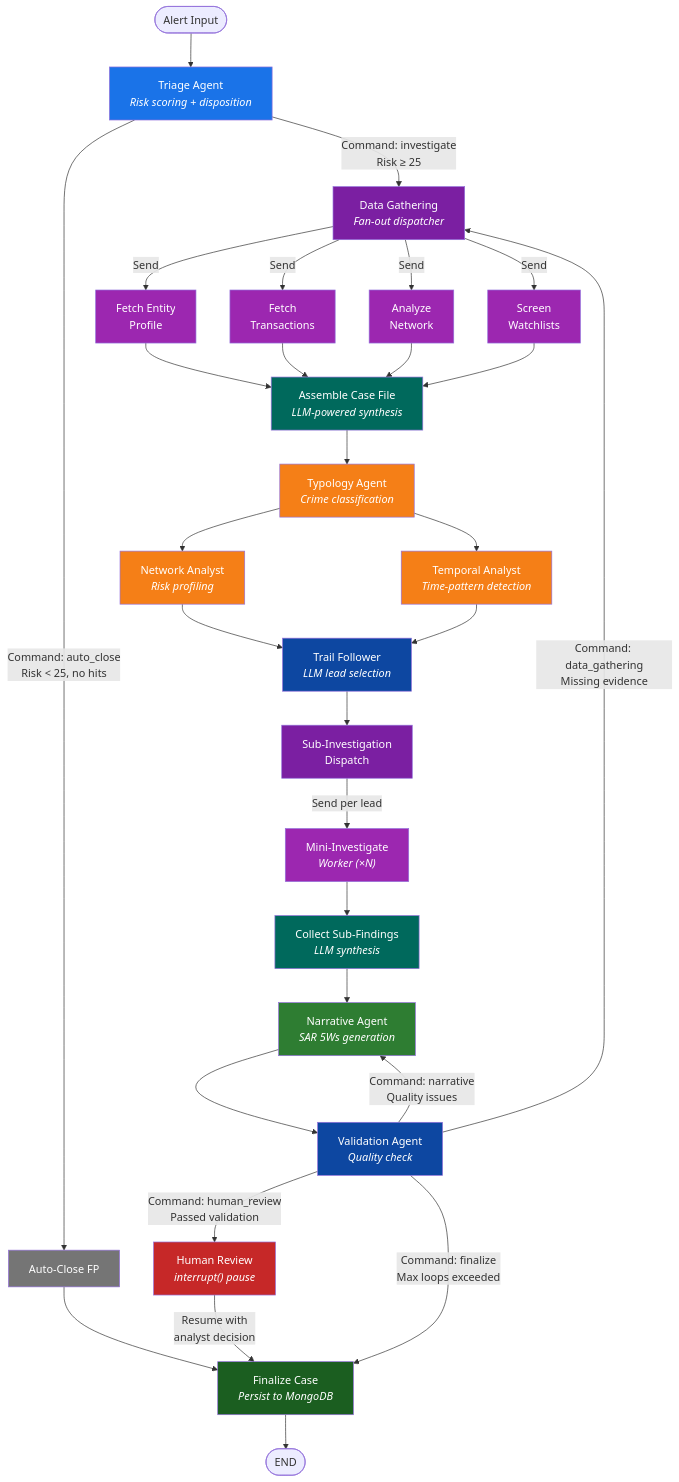
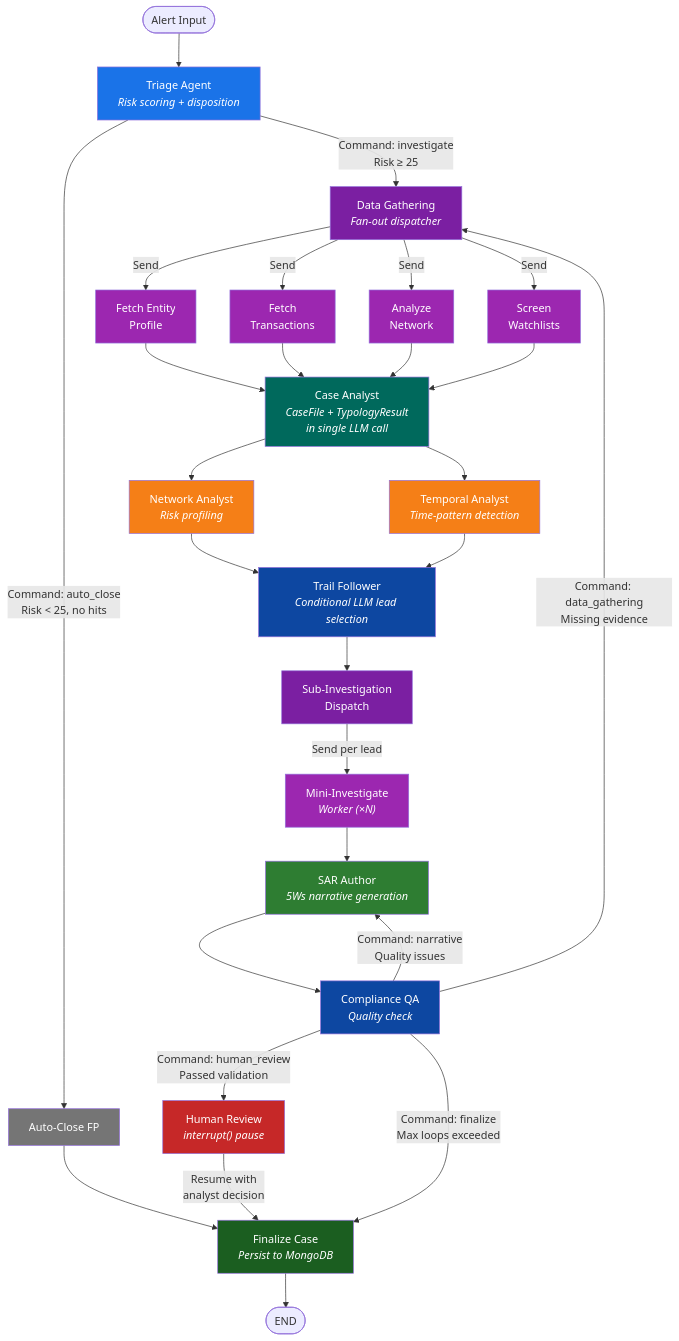
The third of 19 diagrams in docs/AGENTIC_INVESTIGATION_PIPELINE.md (mongodb-industry-solutions/fsi-aml-fraud-detection), drawn with Mermaid before and after one commit. The commit also changed other lines of this file, not shown here.

````diff
--- a/docs/AGENTIC_INVESTIGATION_PIPELINE.md
+++ b/docs/AGENTIC_INVESTIGATION_PIPELINE.md
@@ -173,64 +173,58 @@
 ```mermaid
 flowchart TD
     Start(["Alert Input"]) --> Triage["Triage Agent<br/><i>Risk scoring + disposition</i>"]
 
     Triage -->|"Command: auto_close<br/>Risk < 25, no hits"| AutoClose["Auto-Close FP"]
     Triage -->|"Command: investigate<br/>Risk ≥ 25"| FanOut["Data Gathering<br/><i>Fan-out dispatcher</i>"]
 
     AutoClose --> Finalize
 
     FanOut -->|"Send"| FetchEntity["Fetch Entity<br/>Profile"]
     FanOut -->|"Send"| FetchTxn["Fetch<br/>Transactions"]
     FanOut -->|"Send"| FetchNet["Analyze<br/>Network"]
     FanOut -->|"Send"| FetchWL["Screen<br/>Watchlists"]
 
-    FetchEntity --> Assemble["Assemble Case File<br/><i>LLM-powered synthesis</i>"]
-    FetchTxn --> Assemble
-    FetchNet --> Assemble
-    FetchWL --> Assemble
+    FetchEntity --> CaseAnalyst["Case Analyst<br/><i>CaseFile + TypologyResult<br/>in single LLM call</i>"]
+    FetchTxn --> CaseAnalyst
+    FetchNet --> CaseAnalyst
+    FetchWL --> CaseAnalyst
 
-    Assemble --> Typology["Typology Agent<br/><i>Crime classification</i>"]
+    CaseAnalyst --> NetAnalyst["Network Analyst<br/><i>Risk profiling</i>"]
+    CaseAnalyst --> TempAnalyst["Temporal Analyst<br/><i>Time-pattern detection</i>"]
 
-    Typology --> NetAnalyst["Network Analyst<br/><i>Risk profiling</i>"]
-    Typology --> TempAnalyst["Temporal Analyst<br/><i>Time-pattern detection</i>"]
-
-    NetAnalyst --> TrailFollower["Trail Follower<br/><i>LLM lead selection</i>"]
+    NetAnalyst --> TrailFollower["Trail Follower<br/><i>Conditional LLM lead selection</i>"]
     TempAnalyst --> TrailFollower
 
     TrailFollower --> SubDispatch["Sub-Investigation<br/>Dispatch"]
 
     SubDispatch -->|"Send per lead"| MiniInvest["Mini-Investigate<br/><i>Worker (×N)</i>"]
 
-    MiniInvest --> CollectSub["Collect Sub-Findings<br/><i>LLM synthesis</i>"]
+    MiniInvest --> SARAuthor["SAR Author<br/><i>5Ws narrative generation</i>"]
+    SARAuthor --> ComplianceQA["Compliance QA<br/><i>Quality check</i>"]
 
-    CollectSub --> Narrative["Narrative Agent<br/><i>SAR 5Ws generation</i>"]
-    Narrative --> Validation["Validation Agent<br/><i>Quality check</i>"]
-
-    Validation -->|"Command: data_gathering<br/>Missing evidence"| FanOut
-    Validation -->|"Command: narrative<br/>Quality issues"| Narrative
-    Validation -->|"Command: human_review<br/>Passed validation"| HumanReview["Human Review<br/><i>interrupt() pause</i>"]
-    Validation -->|"Command: finalize<br/>Max loops exceeded"| Finalize
+    ComplianceQA -->|"Command: data_gathering<br/>Missing evidence"| FanOut
+    ComplianceQA -->|"Command: narrative<br/>Quality issues"| SARAuthor
+    ComplianceQA -->|"Command: human_review<br/>Passed validation"| HumanReview["Human Review<br/><i>interrupt() pause</i>"]
+    ComplianceQA -->|"Command: finalize<br/>Max loops exceeded"| Finalize
 
     HumanReview -->|"Resume with<br/>analyst decision"| Finalize["Finalize Case<br/><i>Persist to MongoDB</i>"]
     Finalize --> EndNode(["END"])
 
     style Triage fill:#1a73e8,color:#fff
     style FanOut fill:#7b1fa2,color:#fff
     style FetchEntity fill:#9c27b0,color:#fff
     style FetchTxn fill:#9c27b0,color:#fff
     style FetchNet fill:#9c27b0,color:#fff
     style FetchWL fill:#9c27b0,color:#fff
-    style Assemble fill:#00695c,color:#fff
-    style Typology fill:#f57f17,color:#fff
+    style CaseAnalyst fill:#00695c,color:#fff
     style NetAnalyst fill:#f57f17,color:#fff
     style TempAnalyst fill:#f57f17,color:#fff
     style TrailFollower fill:#0d47a1,color:#fff
     style SubDispatch fill:#7b1fa2,color:#fff
     style MiniInvest fill:#9c27b0,color:#fff
-    style CollectSub fill:#00695c,color:#fff
-    style Narrative fill:#2e7d32,color:#fff
-    style Validation fill:#0d47a1,color:#fff
+    style SARAuthor fill:#2e7d32,color:#fff
+    style ComplianceQA fill:#0d47a1,color:#fff
     style HumanReview fill:#c62828,color:#fff
     style Finalize fill:#1b5e20,color:#fff
     style AutoClose fill:#757575,color:#fff
 ```
````
